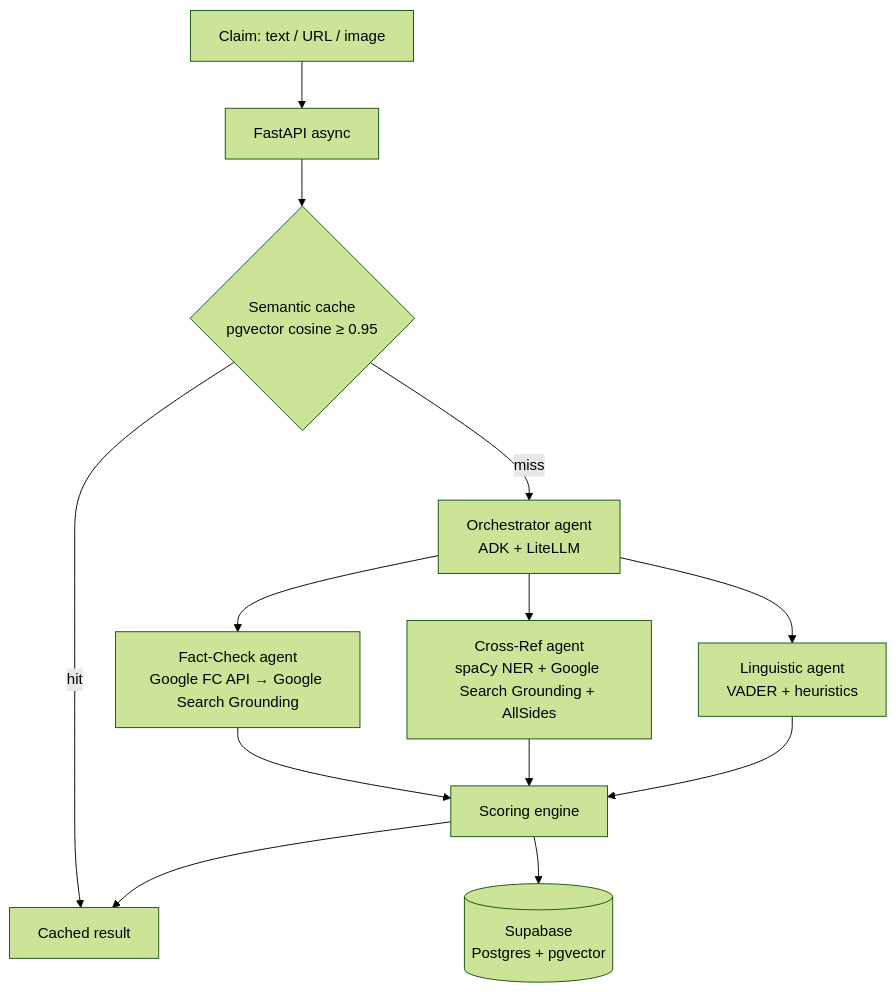
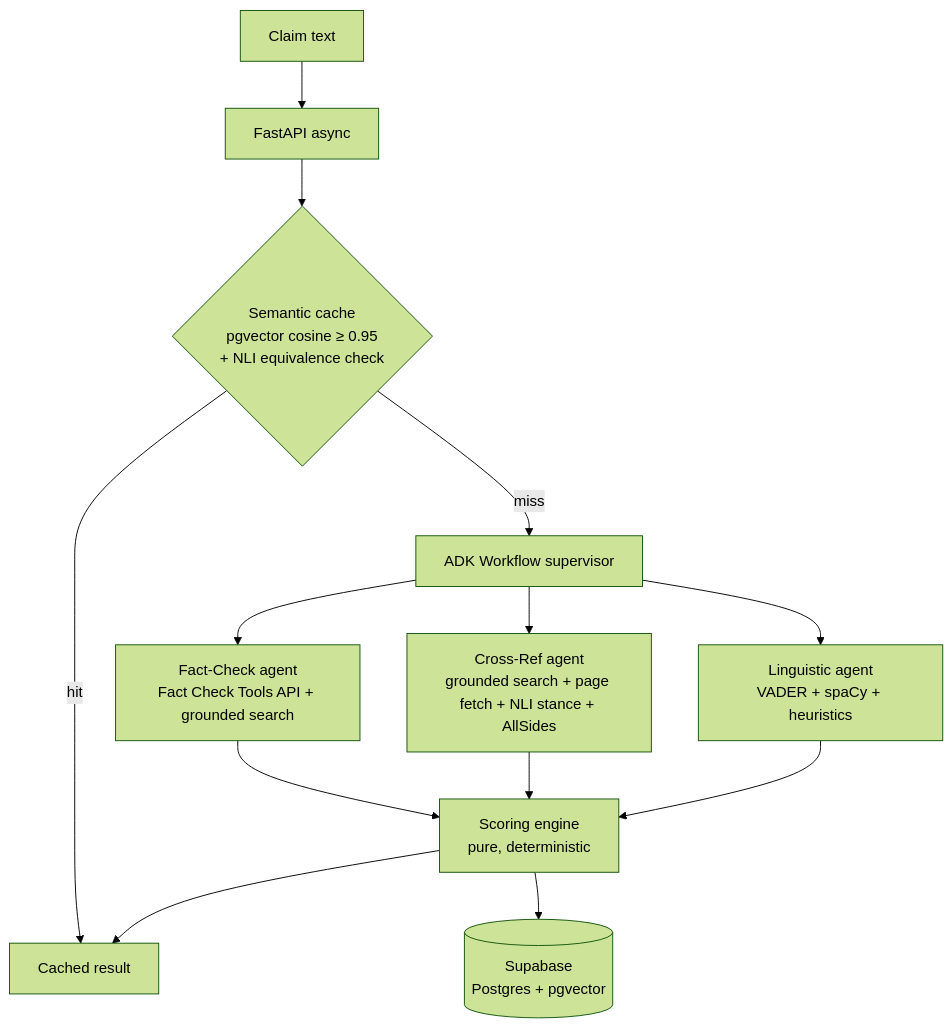
One commit to Jishnudeep/Vertifact-AI changed the diagram in README.md. Above: the diagram before and after it, drawn with Mermaid (forest theme). The commit also changed other lines of this file and 3 other files, not shown here.

````diff
--- a/README.md
+++ b/README.md
@@ -30,15 +32,15 @@
 ```mermaid
 flowchart TD
-    A[Claim: text / URL / image] --> B[FastAPI async]
-    B --> C{Semantic cache<br/>pgvector cosine ≥ 0.95}
+    A[Claim text] --> B[FastAPI async]
+    B --> C{Semantic cache<br/>pgvector cosine ≥ 0.95<br/>+ NLI equivalence check}
     C -- hit --> R[Cached result]
-    C -- miss --> O[Orchestrator agent<br/>ADK + LiteLLM]
-    O --> F[Fact-Check agent<br/>Google FC API → Google Search Grounding]
-    O --> X[Cross-Ref agent<br/>spaCy NER + Google Search Grounding + AllSides]
-    O --> L[Linguistic agent<br/>VADER + heuristics]
-    F --> S[Scoring engine]
+    C -- miss --> O[ADK Workflow supervisor]
+    O --> F[Fact-Check agent<br/>Fact Check Tools API + grounded search]
+    O --> X[Cross-Ref agent<br/>grounded search + page fetch + NLI stance + AllSides]
+    O --> L[Linguistic agent<br/>VADER + spaCy + heuristics]
+    F --> S[Scoring engine<br/>pure, deterministic]
     X --> S
     L --> S
     S --> D[(Supabase<br/>Postgres + pgvector)]
     S --> R
 ```
````
